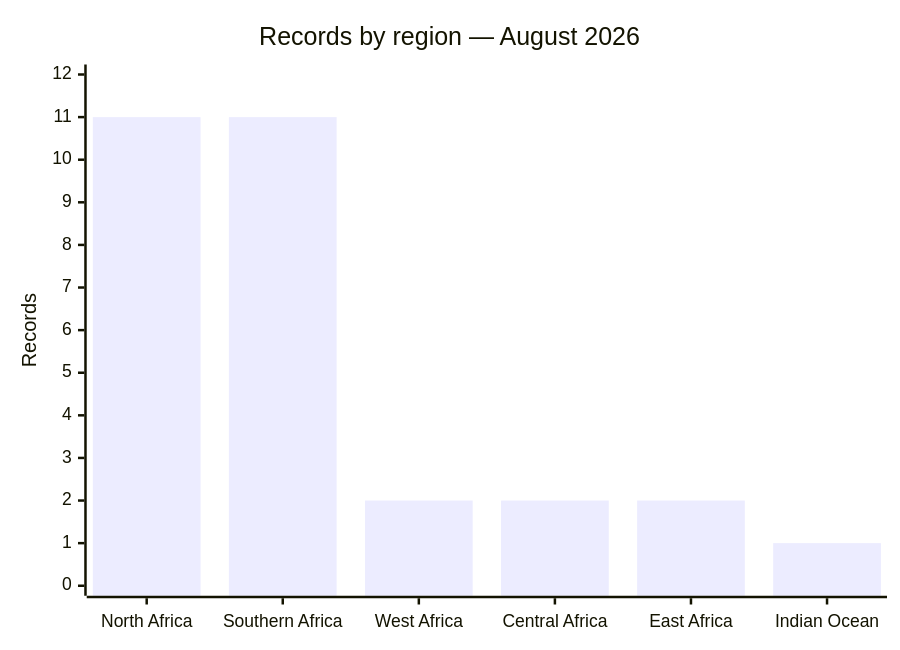
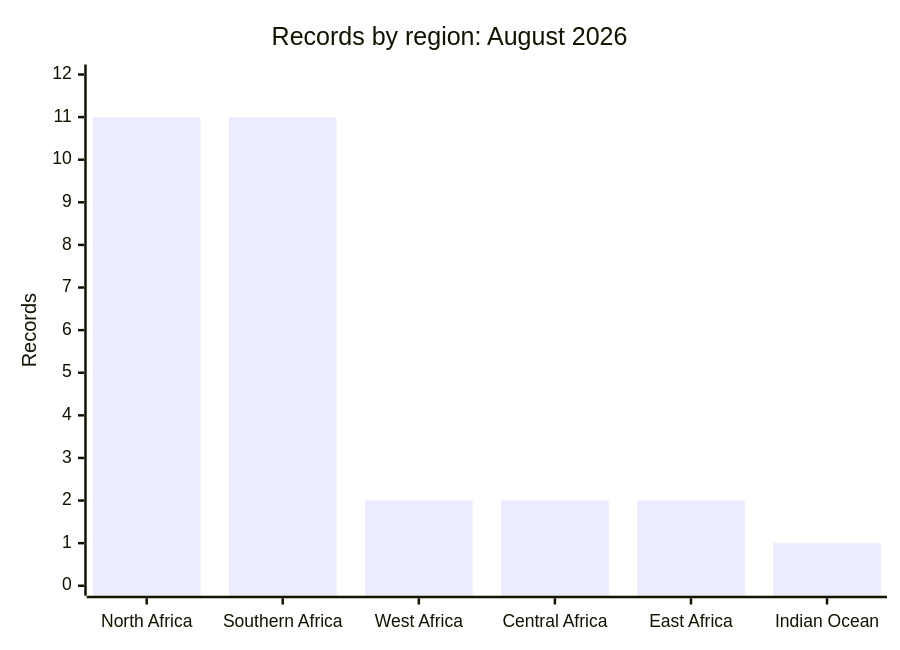
The fifth of 7 diagrams in CyberAttackAfrica/2026/08-august/README.md (Hatchepsoute/AFRINTEL), drawn with Mermaid before and after one commit. The commit also changed other lines of this file and 1 other file, not shown here.

````diff
--- a/CyberAttackAfrica/2026/08-august/README.md
+++ b/CyberAttackAfrica/2026/08-august/README.md
@@ -186,7 +186,7 @@
 ```mermaid
 xychart-beta
-    title "Records by region — August 2026"
+    title "Records by region: August 2026"
     x-axis ["North Africa", "Southern Africa", "West Africa", "Central Africa", "East Africa", "Indian Ocean"]
     y-axis "Records" 0 --> 12
     bar [11, 11, 2, 2, 2, 1]
 ```
````
